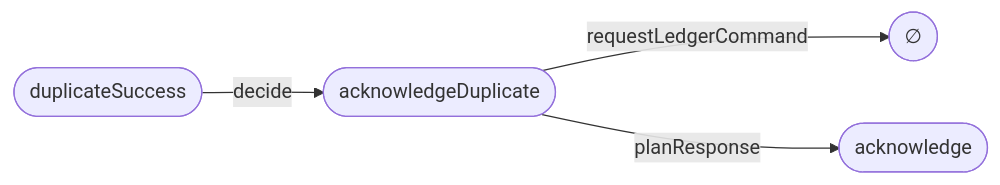
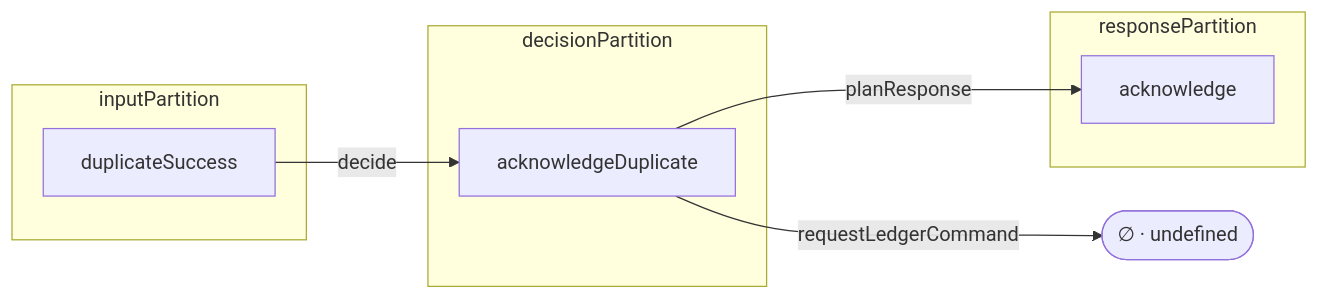
One commit to mrvanish97/archiscript changed the third of 4 diagrams in review/generated/PaymentWebhookNetwork.md. Above: the diagram before and after it, drawn with Mermaid. The commit also changed other lines of this file and 27 other files, not shown here.

````diff
--- a/review/generated/PaymentWebhookNetwork.md
+++ b/review/generated/PaymentWebhookNetwork.md
@@ -59,6 +59,16 @@
 ```mermaid
 flowchart LR
-  A(["duplicateSuccess"]) -->|"decide"| B(["acknowledgeDuplicate"])
-  B -->|"requestLedgerCommand"| C(["∅"])
-  B -->|"planResponse"| D(["acknowledge"])
+  subgraph INPUT["inputPartition"]
+    A["duplicateSuccess"]
+  end
+  subgraph DECISION["decisionPartition"]
+    B["acknowledgeDuplicate"]
+  end
+  subgraph RESPONSE["responsePartition"]
+    D["acknowledge"]
+  end
+  C(["∅ · undefined"])
+  A -->|"decide"| B
+  B -->|"requestLedgerCommand"| C
+  B -->|"planResponse"| D
 ```
````
